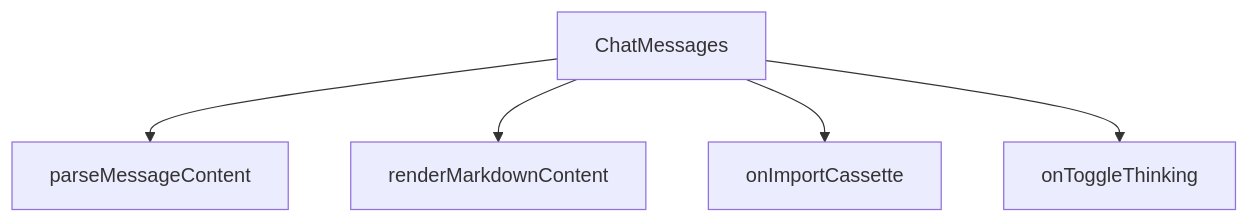
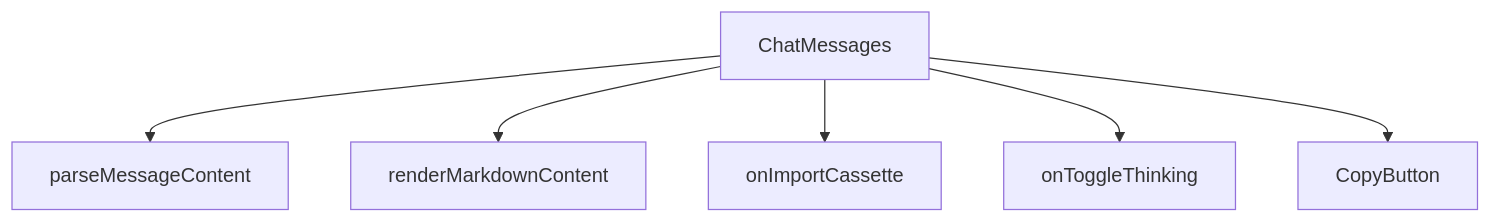
The diagram in docs/variables'n'functions/[TypeScript]ChatMessages.md (DovahkiinYuzuko/ddo-saba), drawn with Mermaid before and after one commit. The commit also changed 13 other files, not shown here.

````diff
--- a/docs/variables'n'functions/[TypeScript]ChatMessages.md
+++ b/docs/variables'n'functions/[TypeScript]ChatMessages.md
@@ -48,7 +48,8 @@
 ```mermaid
 graph TD
     ChatMessages --> parseMessageContent
     ChatMessages --> renderMarkdownContent
     ChatMessages --> onImportCassette
     ChatMessages --> onToggleThinking
+    ChatMessages --> CopyButton
 ```
````
